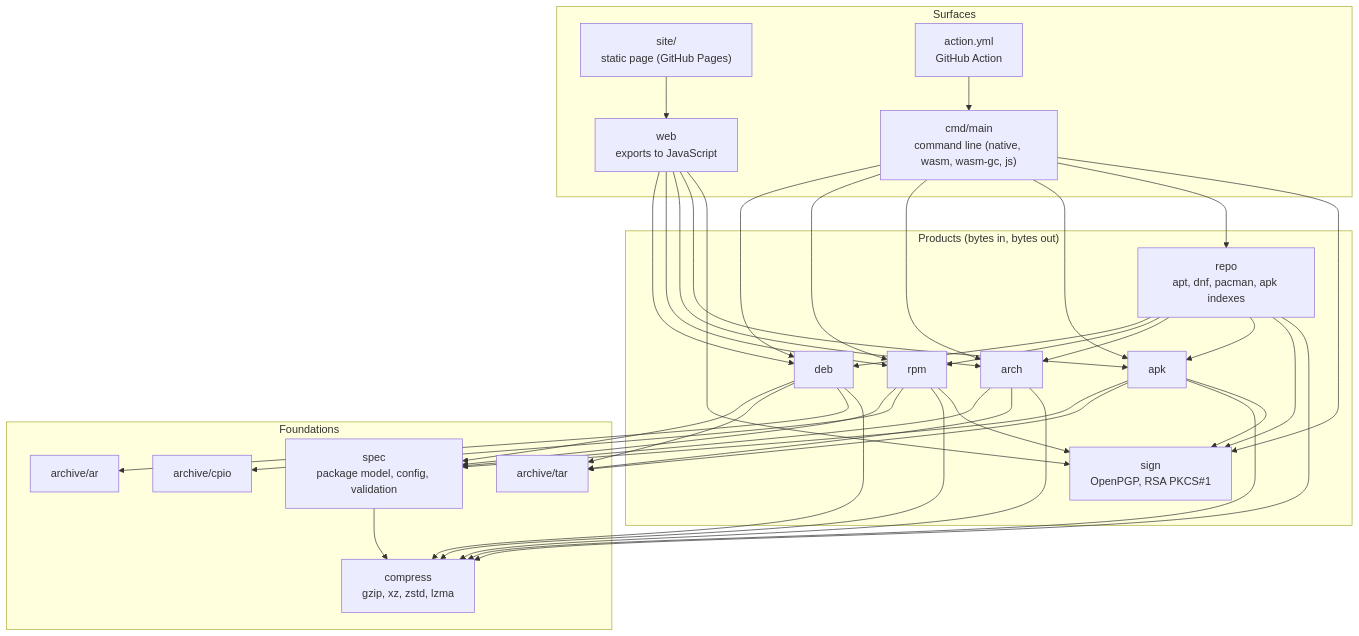
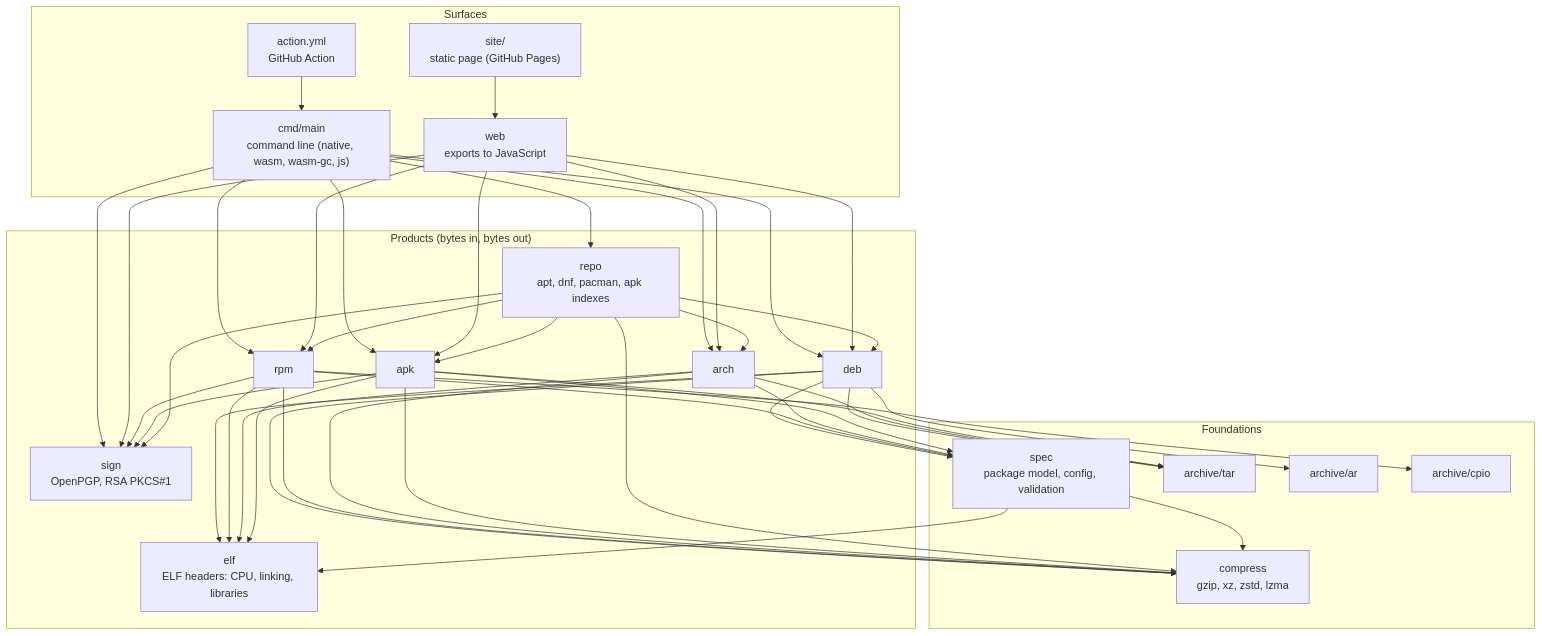
The first of 2 diagrams in docs/architecture.md (pxgt/linuxpkg), drawn with Mermaid before and after one commit. The commit also changed 38 other files, not shown here.

First line of the commit message:
Check ELF files against the package architecture; show them in inspect, the web page and CI

````diff
--- a/docs/architecture.md
+++ b/docs/architecture.md
@@ -8,34 +8,36 @@
 ```mermaid
 flowchart TB
   subgraph surface["Surfaces"]
     cli["cmd/main<br/>command line (native, wasm, wasm-gc, js)"]
     web["web<br/>exports to JavaScript"]
     site["site/<br/>static page (GitHub Pages)"]
     action["action.yml<br/>GitHub Action"]
   end
   subgraph products["Products (bytes in, bytes out)"]
     deb["deb"]
     rpm["rpm"]
     arch["arch"]
     apk["apk"]
     repo["repo<br/>apt, dnf, pacman, apk indexes"]
     sign["sign<br/>OpenPGP, RSA PKCS#1"]
+    elf["elf<br/>ELF headers: CPU, linking, libraries"]
   end
   subgraph base["Foundations"]
     spec["spec<br/>package model, config, validation"]
     tar["archive/tar"]
     ar["archive/ar"]
     cpio["archive/cpio"]
     compress["compress<br/>gzip, xz, zstd, lzma"]
   end
   site --> web
   cli --> deb & rpm & arch & apk & repo & sign
   web --> deb & rpm & arch & apk & sign
   action --> cli
-  deb --> spec & tar & ar & compress
-  rpm --> spec & cpio & compress & sign
-  arch --> spec & tar & compress
-  apk --> spec & tar & compress & sign
+  deb --> spec & tar & ar & compress & elf
+  rpm --> spec & cpio & compress & sign & elf
+  arch --> spec & tar & compress & elf
+  apk --> spec & tar & compress & sign & elf
+  spec --> elf
   repo --> deb & rpm & arch & apk & sign & compress
   spec --> compress
 ```
````
